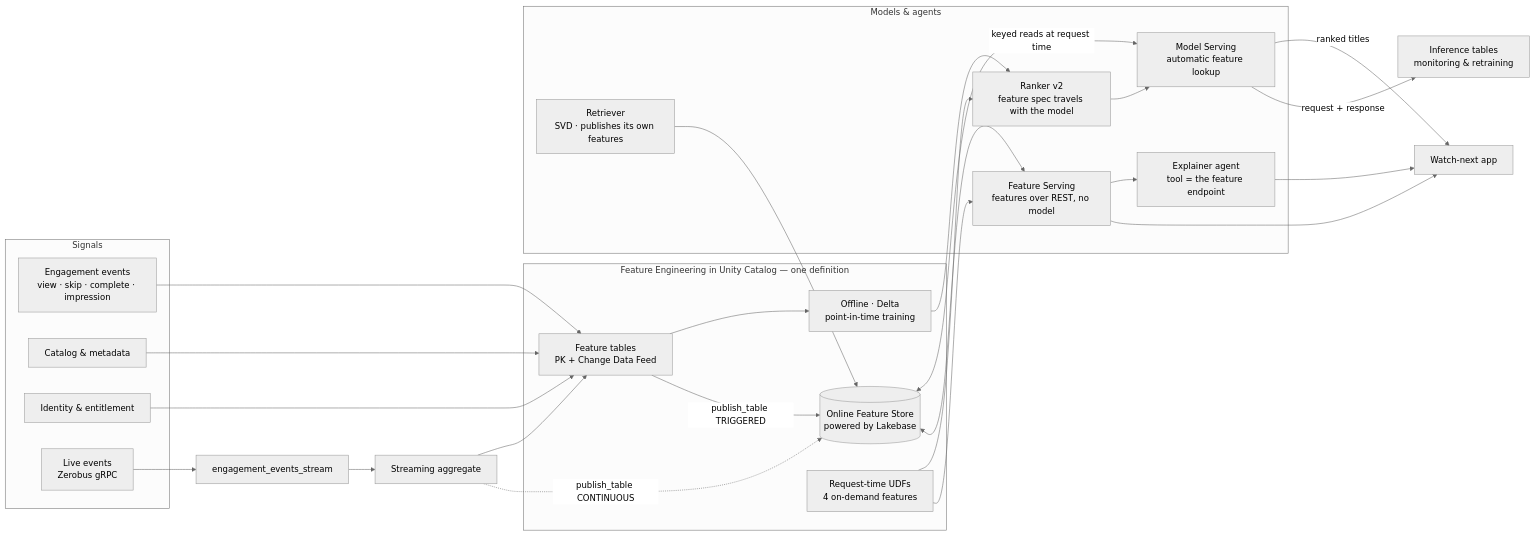
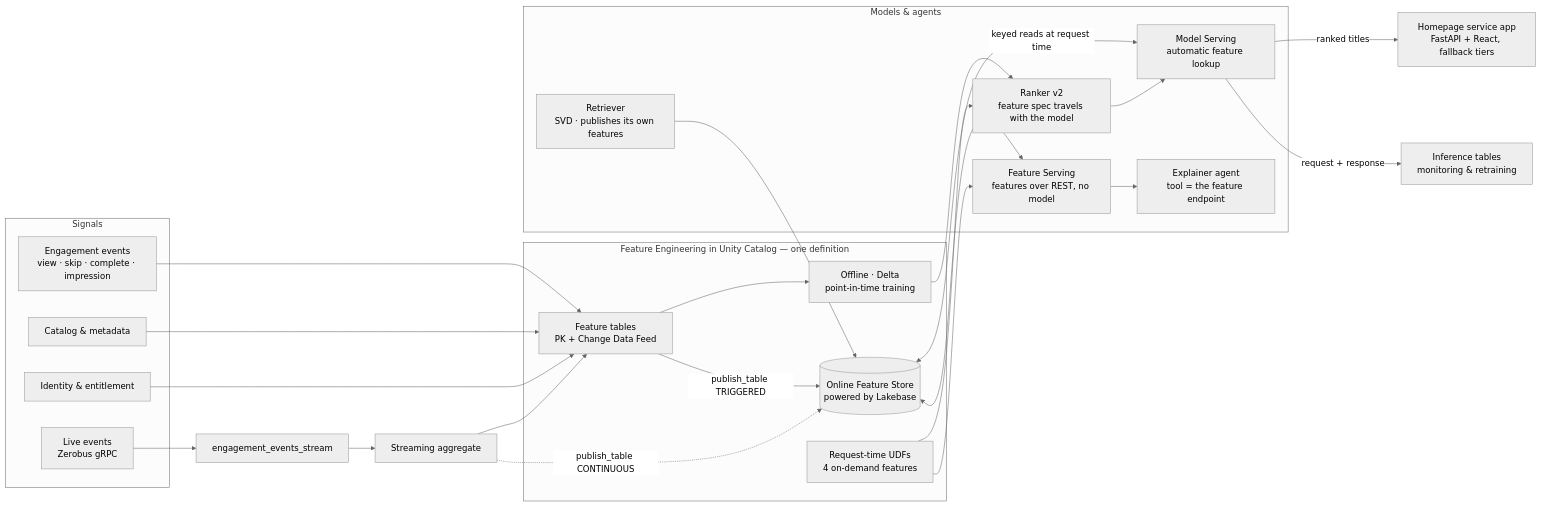
The diagram in README.md (Praneeth16/crunchyroll-feature-store-demo), drawn with Mermaid (neutral theme) before and after one commit. The commit also changed other lines of this file and 8 other files, not shown here.

First line of the commit message:
Rewrite the docs around what the app, the fallback and the canary now prove

````diff
--- a/README.md
+++ b/README.md
@@ -83,41 +86,39 @@
 ```mermaid
 flowchart LR
     subgraph Signals
         A[Engagement events<br/>view · skip · complete · impression]
         B[Catalog & metadata]
         C[Identity & entitlement]
         Z[Live events<br/>Zerobus gRPC]
     end
 
     subgraph FS[Feature Engineering in Unity Catalog — one definition]
         D[Feature tables<br/>PK + Change Data Feed]
         E[Offline · Delta<br/>point-in-time training]
         F[(Online Feature Store<br/>powered by Lakebase)]
         U[Request-time UDFs<br/>4 on-demand features]
     end
 
     subgraph ML[Models & agents]
         G[Retriever<br/>SVD · publishes its own features]
         H[Ranker v2<br/>feature spec travels with the model]
         I[Model Serving<br/>automatic feature lookup]
         S[Feature Serving<br/>features over REST, no model]
         AG[Explainer agent<br/>tool = the feature endpoint]
     end
 
     A & B & C --> D
     Z --> ST[engagement_events_stream] --> AGG[Streaming aggregate] --> D
     D --> E --> H
     D -->|publish_table TRIGGERED| F
     AGG -.->|publish_table CONTINUOUS| F
     G --> F
     U --> H
     U --> S
     F <-->|keyed reads at request time| I
     H --> I
     F <--> S
     S --> AG
-    I -->|ranked titles| APP[Watch-next app]
-    S --> APP
-    AG --> APP
+    I -->|ranked titles| APP[Homepage service app<br/>FastAPI + React, fallback tiers]
     I -->|request + response| K[Inference tables<br/>monitoring & retraining]
 ```
````
